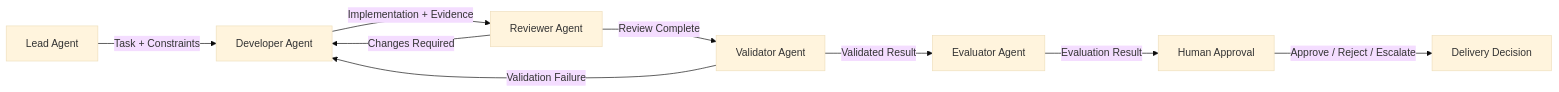
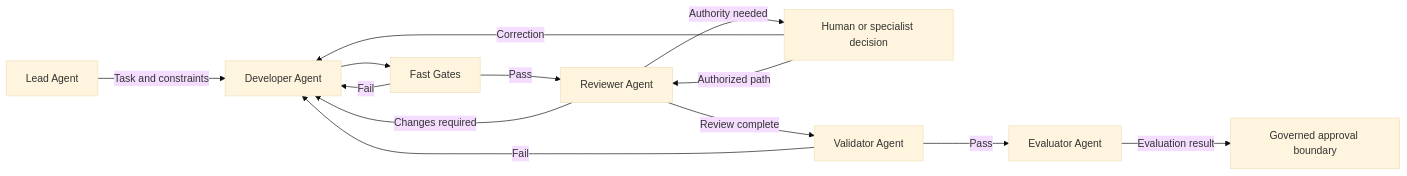
Before and after one commit to sheikh-zeeshan/Enterprise-AI-Engineering-Handbook: the fourth of 5 diagrams in book/16-reviewer-agent.md, drawn with Mermaid (base theme). The commit also changed other lines of this file and 49 other files, not shown here.

````diff
--- a/book/16-reviewer-agent.md
+++ b/book/16-reviewer-agent.md
@@ -1200,18 +1198,15 @@
 ```mermaid
 flowchart LR
-    L[Lead Agent]
-    D[Developer Agent]
-    R[Reviewer Agent]
-    V[Validator Agent]
-    E[Evaluator Agent]
-    H[Human Approval]
-
-    L -->|Task + Constraints| D
-    D -->|Implementation + Evidence| R
-    R -->|Changes Required| D
-    R -->|Review Complete| V
-    V -->|Validation Failure| D
-    V -->|Validated Result| E
-    E -->|Evaluation Result| H
-    H -->|Approve / Reject / Escalate| X[Delivery Decision]
+    L[Lead Agent] -->|Task and constraints| D[Developer Agent]
+    D --> G[Fast Gates]
+    G -->|Fail| D
+    G -->|Pass| R[Reviewer Agent]
+    R -->|Changes required| D
+    R -->|Authority needed| H[Human or specialist decision]
+    H -->|Correction| D
+    H -->|Authorized path| R
+    R -->|Review complete| V[Validator Agent]
+    V -->|Fail| D
+    V -->|Pass| E[Evaluator Agent]
+    E -->|Evaluation result| A[Governed approval boundary]
 ```
````
